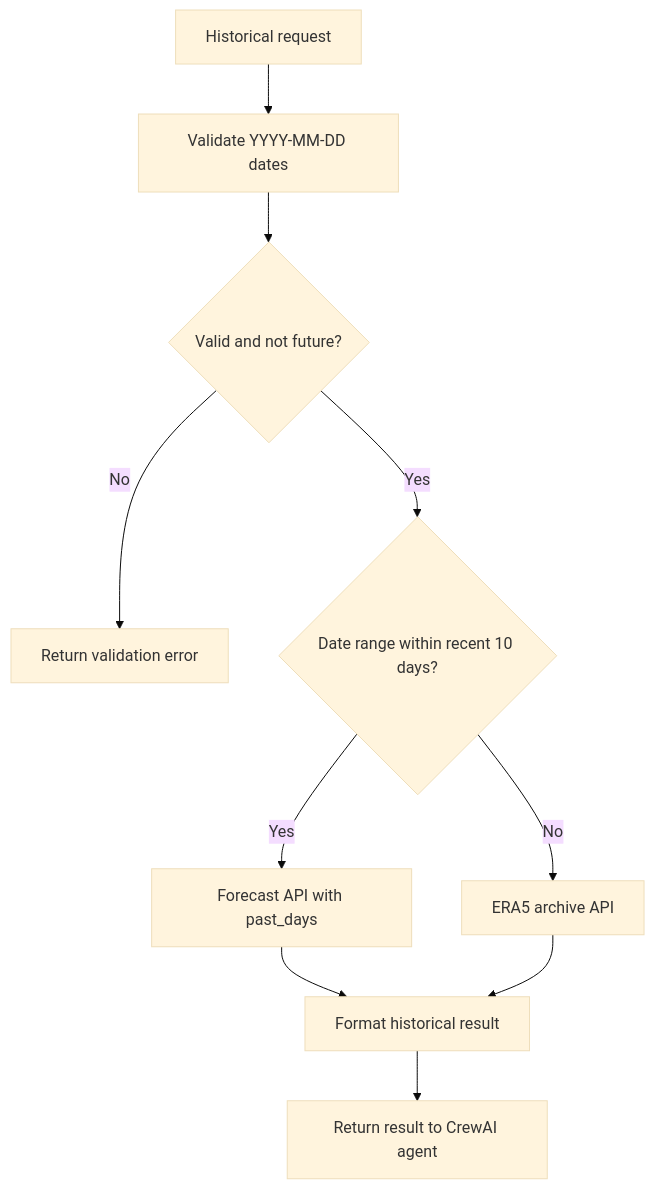
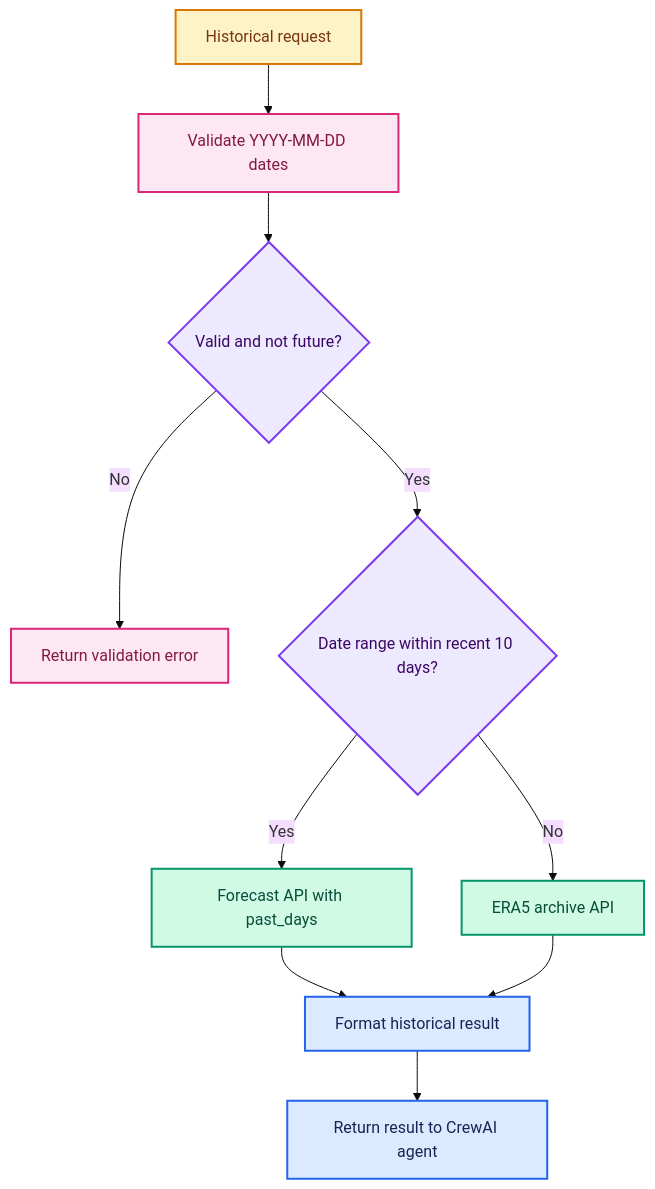
Before and after one commit to sharan1370/WeatherAI: the fourth of 9 diagrams in README.md, drawn with Mermaid (base theme). The commit also changed other lines of this file, not shown here.

````diff
--- a/README.md
+++ b/README.md
@@ -229,12 +126,23 @@
 ```mermaid
 flowchart TD
     Request[Historical request] --> Validate[Validate YYYY-MM-DD dates]
     Validate --> Valid{Valid and not future?}
     Valid -->|No| Error[Return validation error]
     Valid -->|Yes| Age{Date range within recent 10 days?}
     Age -->|Yes| Recent[Forecast API with past_days]
     Age -->|No| Archive[ERA5 archive API]
     Recent --> Format[Format historical result]
     Archive --> Format
     Format --> Agent[Return result to CrewAI agent]
+
+    classDef input fill:#FEF3C7,stroke:#D97706,color:#78350F,stroke-width:2px;
+    classDef validation fill:#FCE7F3,stroke:#DB2777,color:#831843,stroke-width:2px;
+    classDef branch fill:#EDE9FE,stroke:#7C3AED,color:#3B0764,stroke-width:2px;
+    classDef source fill:#D1FAE5,stroke:#059669,color:#064E3B,stroke-width:2px;
+    classDef output fill:#DBEAFE,stroke:#2563EB,color:#172554,stroke-width:2px;
+    class Request input;
+    class Validate,Error validation;
+    class Valid,Age branch;
+    class Recent,Archive source;
+    class Format,Agent output;
 ```
````
